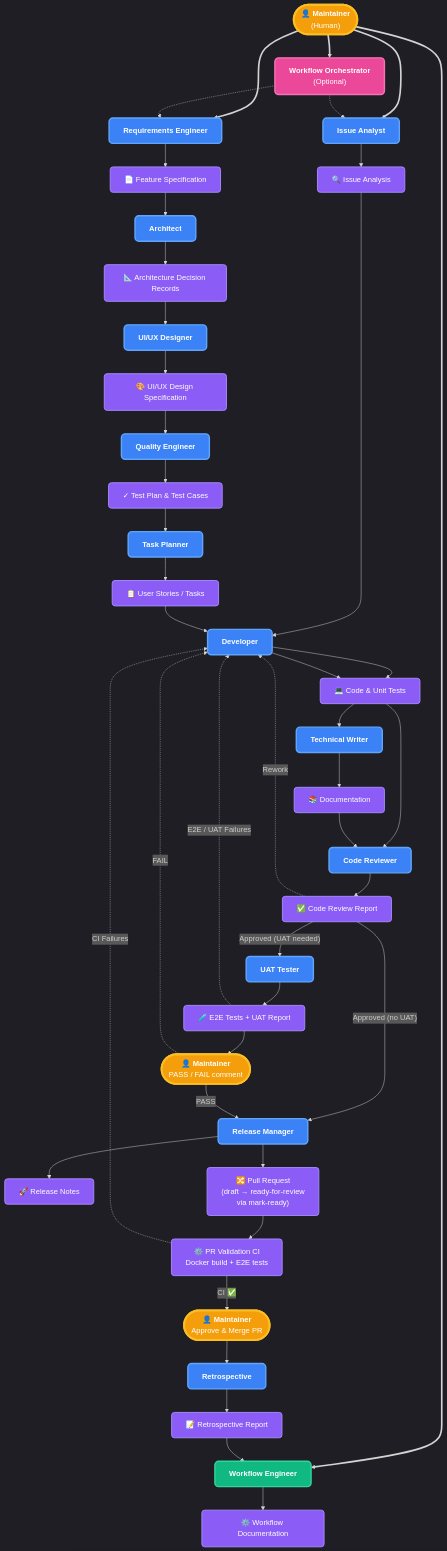
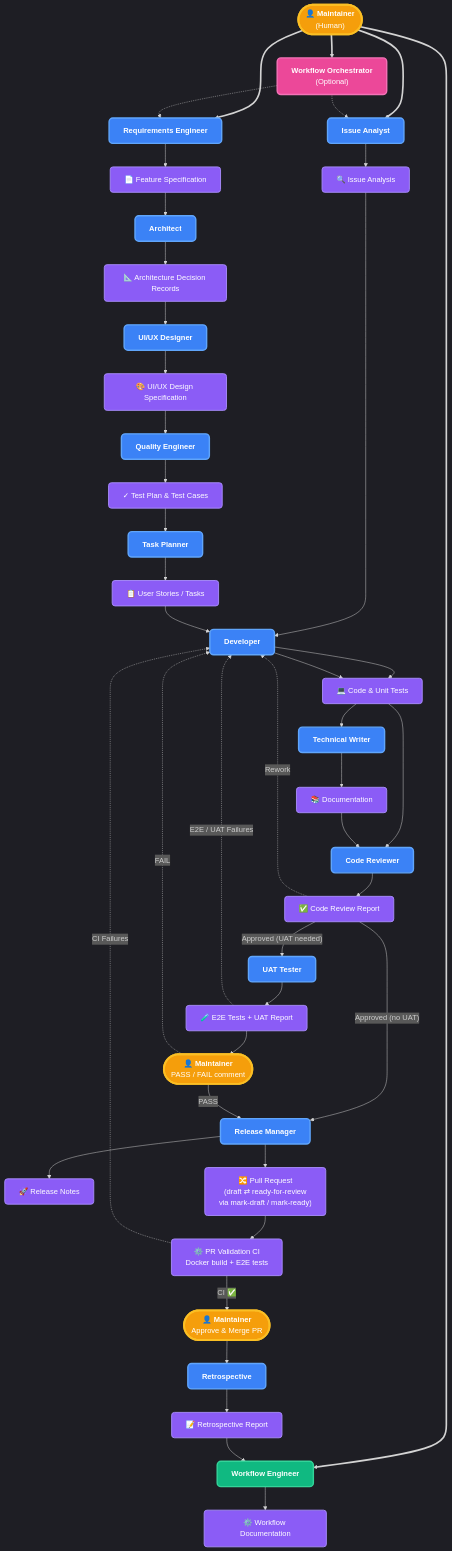
One commit to StanislavMakhrov/application changed the diagram in docs/agents.md. Above: the diagram before and after it, drawn with Mermaid. The commit also changed other lines of this file and 5 other files, not shown here.

```diff
--- a/docs/agents.md
+++ b/docs/agents.md
@@ -237,7 +237,7 @@
 
 	%% Release Artifacts
 	REL["🚀 Release Notes"]
-	PR["🔀 Pull Request<br/>(draft → ready-for-review<br/>via mark-ready)"]
+	PR["🔀 Pull Request<br/>(draft ⇄ ready-for-review<br/>via mark-draft / mark-ready)"]
 	CI["⚙️ PR Validation CI<br/>Docker build + E2E tests"]
 
 	%% Maintainer touchpoints
```
